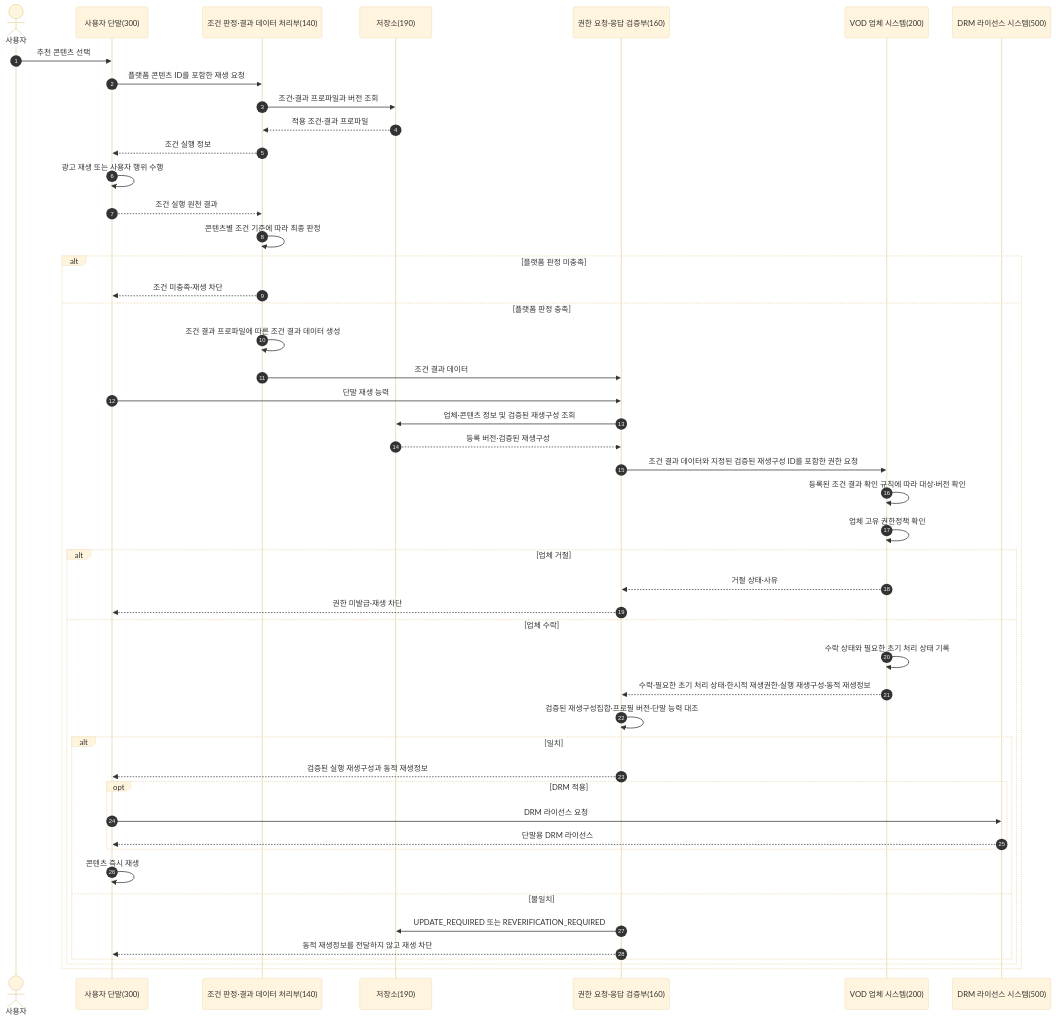
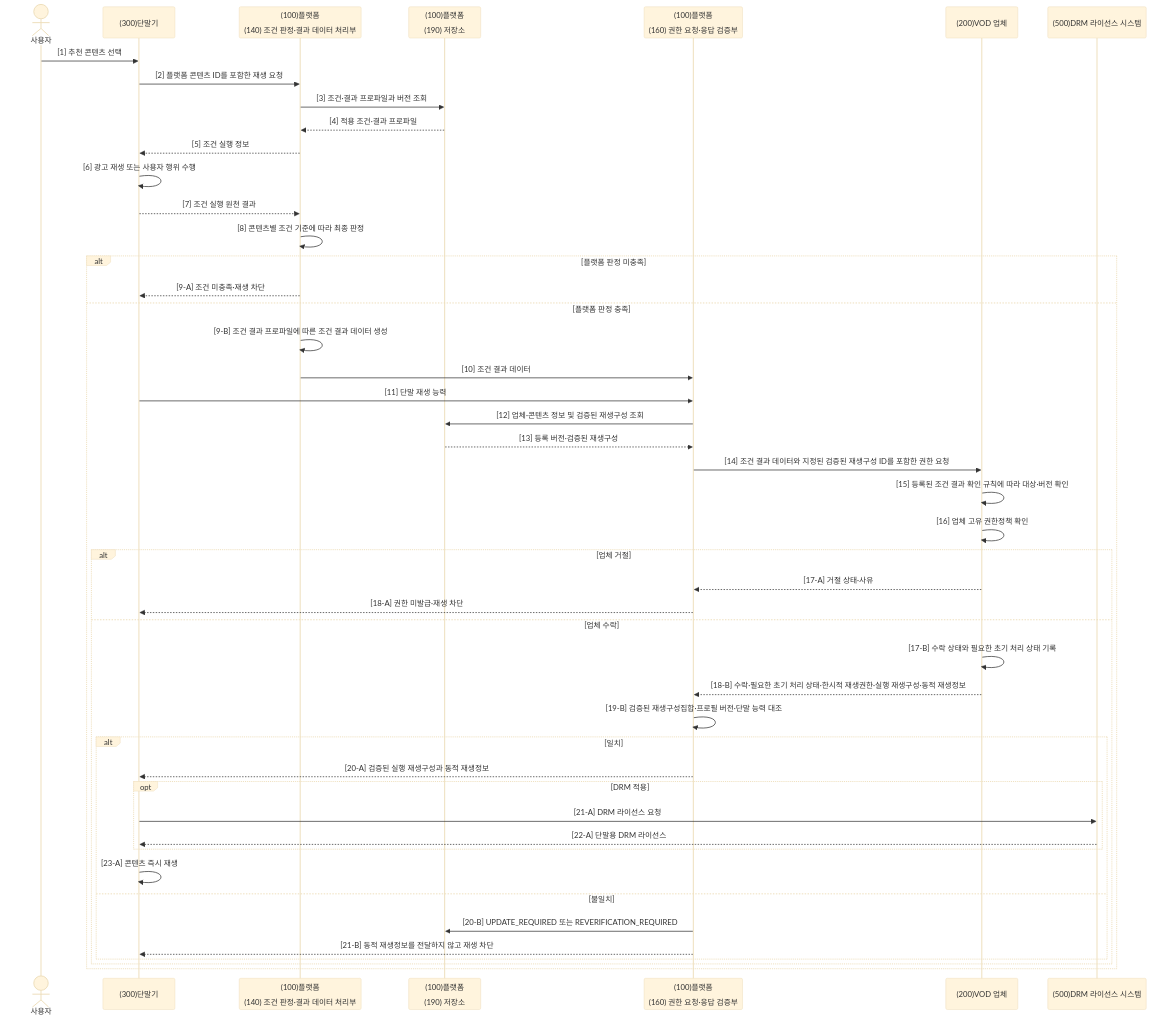
One commit to growdai1y/instant-play changed the sixth of 14 diagrams in instant_play_직무발명서_개선본.md. Above: the diagram before and after it, drawn with Mermaid (base theme). The commit also changed other lines of this file and 1 other file, not shown here.

Commit message:
Standardize Mermaid diagram labels

````diff
--- a/instant_play_직무발명서_개선본.md
+++ b/instant_play_직무발명서_개선본.md
@@ -1158,53 +1157,52 @@
 ```mermaid
 sequenceDiagram
-    autonumber
     actor U as 사용자
-    participant D as 사용자 단말(300)
-    participant P as 조건 판정·결과 데이터 처리부(140)
-    participant S as 저장소(190)
-    participant G as 권한 요청·응답 검증부(160)
-    participant V as VOD 업체 시스템(200)
-    participant L as DRM 라이선스 시스템(500)
+    participant D as (300)단말기
+    participant P as (100)플랫폼<br/><br/>(140) 조건 판정·결과 데이터 처리부
+    participant S as (100)플랫폼<br/><br/>(190) 저장소
+    participant G as (100)플랫폼<br/><br/>(160) 권한 요청·응답 검증부
+    participant V as (200)VOD 업체
+    participant L as (500)DRM 라이선스 시스템
 
-    U->>D: 추천 콘텐츠 선택
-    D->>P: 플랫폼 콘텐츠 ID를 포함한 재생 요청
-    P->>S: 조건·결과 프로파일과 버전 조회
-    S-->>P: 적용 조건·결과 프로파일
-    P-->>D: 조건 실행 정보
-    D->>D: 광고 재생 또는 사용자 행위 수행
-    D-->>P: 조건 실행 원천 결과
-    P->>P: 콘텐츠별 조건 기준에 따라 최종 판정
+    U->>D: [1] 추천 콘텐츠 선택
+    D->>P: [2] 플랫폼 콘텐츠 ID를 포함한 재생 요청
+    P->>S: [3] 조건·결과 프로파일과 버전 조회
+    S-->>P: [4] 적용 조건·결과 프로파일
+    P-->>D: [5] 조건 실행 정보
+    D->>D: [6] 광고 재생 또는 사용자 행위 수행
+    D-->>P: [7] 조건 실행 원천 결과
+    P->>P: [8] 콘텐츠별 조건 기준에 따라 최종 판정
 
     alt 플랫폼 판정 미충족
-        P-->>D: 조건 미충족·재생 차단
+        P-->>D: [9-A] 조건 미충족·재생 차단
     else 플랫폼 판정 충족
-        P->>P: 조건 결과 프로파일에 따른 조건 결과 데이터 생성
-        P->>G: 조건 결과 데이터
-        D->>G: 단말 재생 능력
-        G->>S: 업체·콘텐츠 정보 및 검증된 재생구성 조회
-        S-->>G: 등록 버전·검증된 재생구성
-        G->>V: 조건 결과 데이터와 지정된 검증된 재생구성 ID를 포함한 권한 요청
-        V->>V: 등록된 조건 결과 확인 규칙에 따라 대상·버전 확인
-        V->>V: 업체 고유 권한정책 확인
+        P->>P: [9-B] 조건 결과 프로파일에 따른 조건 결과 데이터 생성
+        P->>G: [10] 조건 결과 데이터
+        D->>G: [11] 단말 재생 능력
+        G->>S: [12] 업체·콘텐츠 정보 및 검증된 재생구성 조회
+        S-->>G: [13] 등록 버전·검증된 재생구성
+        G->>V: [14] 조건 결과 데이터와 지정된 검증된 재생구성 ID를 포함한 권한 요청
+        V->>V: [15] 등록된 조건 결과 확인 규칙에 따라 대상·버전 확인
+        V->>V: [16] 업체 고유 권한정책 확인
 
         alt 업체 거절
-            V-->>G: 거절 상태·사유
-            G-->>D: 권한 미발급·재생 차단
+            V-->>G: [17-A] 거절 상태·사유
+            G-->>D: [18-A] 권한 미발급·재생 차단
         else 업체 수락
-            V->>V: 수락 상태와 필요한 초기 처리 상태 기록
-            V-->>G: 수락·필요한 초기 처리 상태·한시적 재생권한·실행 재생구성·동적 재생정보
-            G->>G: 검증된 재생구성집합·프로필 버전·단말 능력 대조
+            V->>V: [17-B] 수락 상태와 필요한 초기 처리 상태 기록
+            V-->>G: [18-B] 수락·필요한 초기 처리 상태·한시적 재생권한·실행 재생구성·동적 재생정보
+            G->>G: [19-B] 검증된 재생구성집합·프로필 버전·단말 능력 대조
             alt 일치
-                G-->>D: 검증된 실행 재생구성과 동적 재생정보
+                G-->>D: [20-A] 검증된 실행 재생구성과 동적 재생정보
                 opt DRM 적용
-                    D->>L: DRM 라이선스 요청
-                    L-->>D: 단말용 DRM 라이선스
+                    D->>L: [21-A] DRM 라이선스 요청
+                    L-->>D: [22-A] 단말용 DRM 라이선스
                 end
-                D->>D: 콘텐츠 즉시 재생
+                D->>D: [23-A] 콘텐츠 즉시 재생
             else 불일치
-                G->>S: UPDATE_REQUIRED 또는 REVERIFICATION_REQUIRED
-                G-->>D: 동적 재생정보를 전달하지 않고 재생 차단
+                G->>S: [20-B] UPDATE_REQUIRED 또는 REVERIFICATION_REQUIRED
+                G-->>D: [21-B] 동적 재생정보를 전달하지 않고 재생 차단
             end
         end
     end
 ```
````
